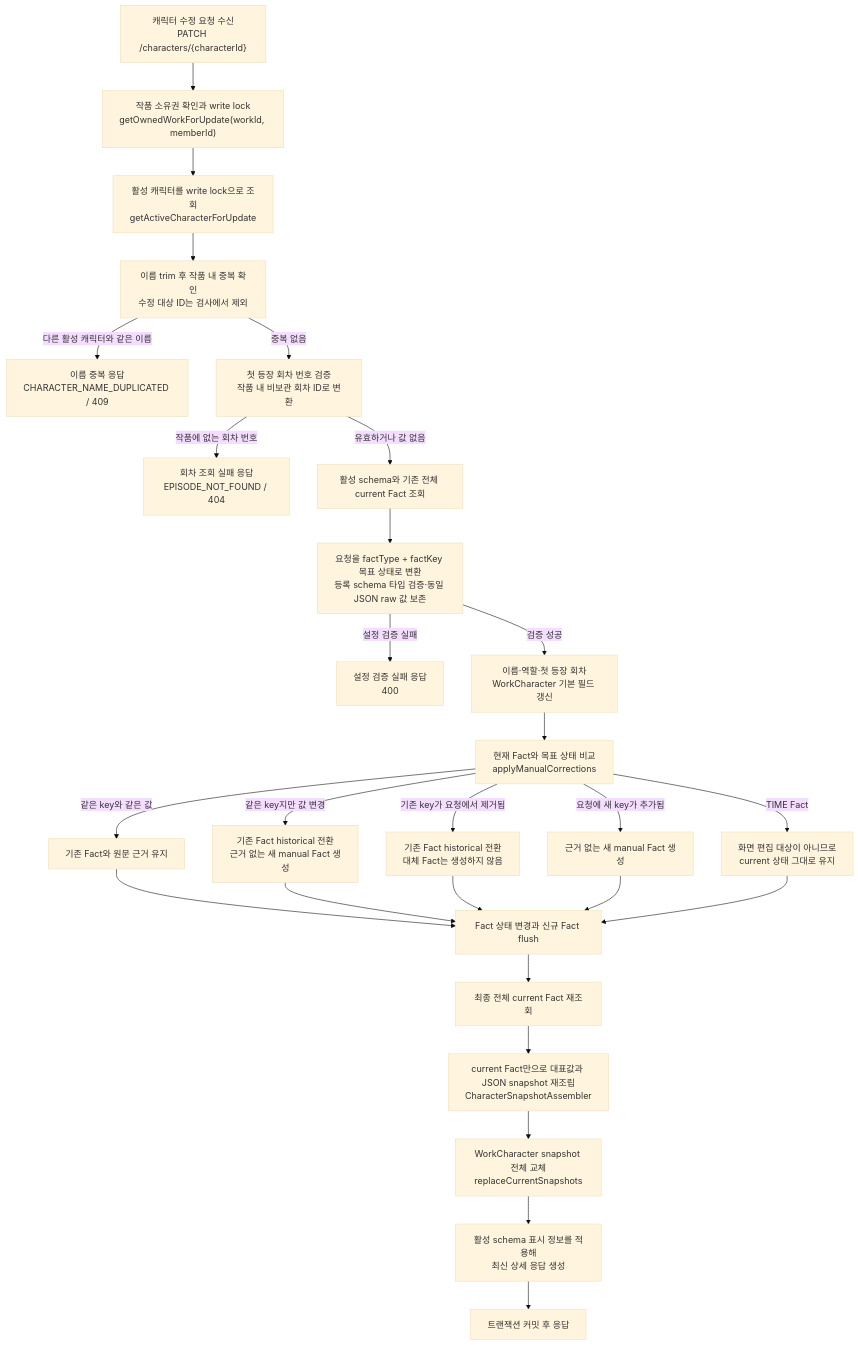
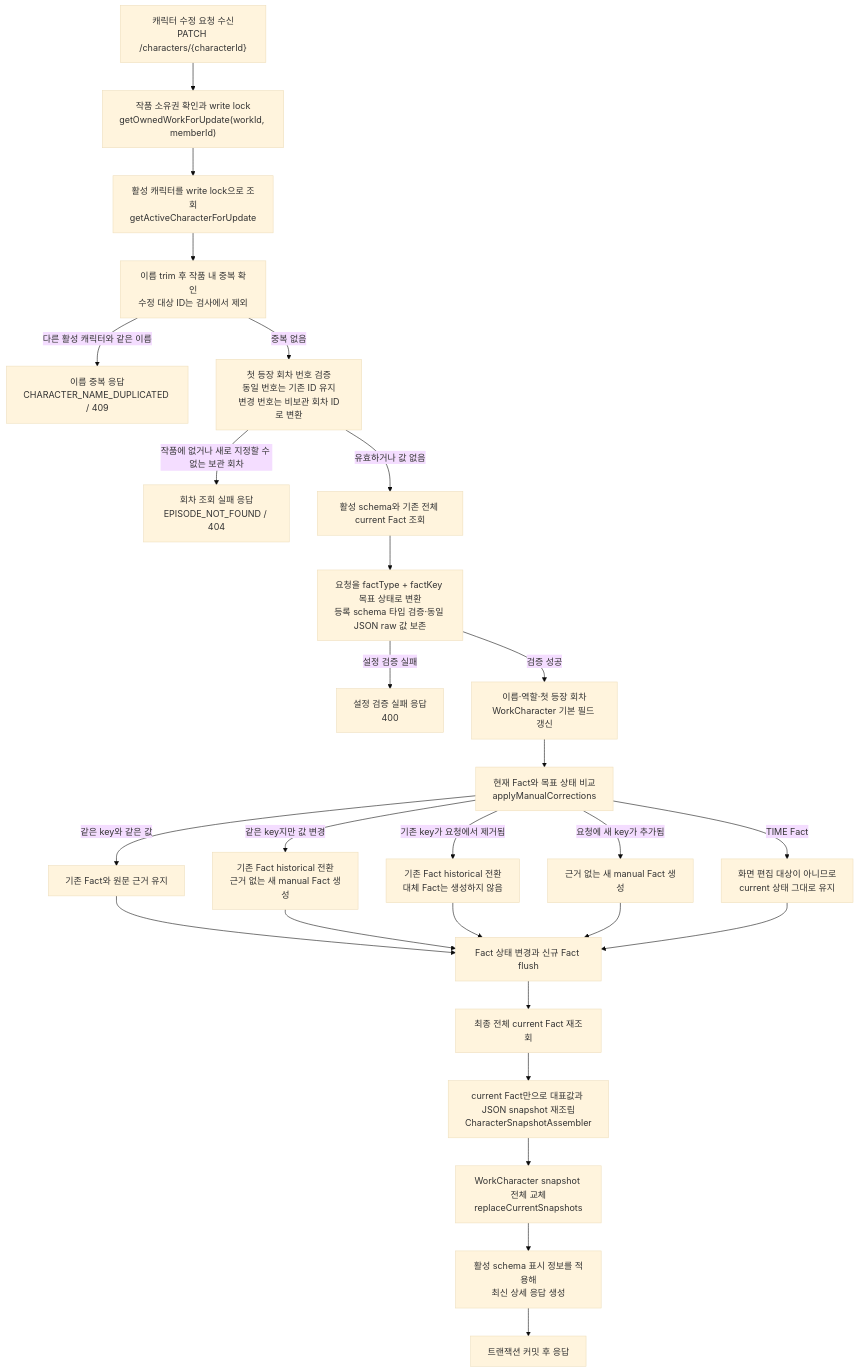
The first of 8 diagrams in docs/character.md (catchhole-soma/catchhole-backend-java), drawn with Mermaid (base theme) before and after one commit. The commit also changed other lines of this file and 2 other files, not shown here.

Commit message:
fix(character): 보관된 첫 등장 회차 참조를 유지한다
- 변경 없는 전체 수정에서 기존 보관 회차 UUID를 보존한다

- 보관 회차 번호가 재사용되어도 새 활성 회차로 교체하지 않는다

- 첫 등장 회차 재지정 정책과 회귀 테스트를 문서화한다

````diff
--- a/docs/character.md
+++ b/docs/character.md
@@ -535,31 +535,31 @@
 ```mermaid
 flowchart TD
     A["캐릭터 수정 요청 수신<br/>PATCH /characters/{characterId}"] --> B["작품 소유권 확인과 write lock<br/>getOwnedWorkForUpdate(workId, memberId)"]
     B --> C["활성 캐릭터를 write lock으로 조회<br/>getActiveCharacterForUpdate"]
     C --> D["이름 trim 후 작품 내 중복 확인<br/>수정 대상 ID는 검사에서 제외"]
     D -->|"다른 활성 캐릭터와 같은 이름"| X1["이름 중복 응답<br/>CHARACTER_NAME_DUPLICATED / 409"]
-    D -->|"중복 없음"| E["첫 등장 회차 번호 검증<br/>작품 내 비보관 회차 ID로 변환"]
-    E -->|"작품에 없는 회차 번호"| X2["회차 조회 실패 응답<br/>EPISODE_NOT_FOUND / 404"]
+    D -->|"중복 없음"| E["첫 등장 회차 번호 검증<br/>동일 번호는 기존 ID 유지<br/>변경 번호는 비보관 회차 ID로 변환"]
+    E -->|"작품에 없거나 새로 지정할 수 없는 보관 회차"| X2["회차 조회 실패 응답<br/>EPISODE_NOT_FOUND / 404"]
     E -->|"유효하거나 값 없음"| F["활성 schema와 기존 전체 current Fact 조회"]
     F --> G["요청을 factType + factKey 목표 상태로 변환<br/>등록 schema 타입 검증·동일 JSON raw 값 보존"]
     G -->|"설정 검증 실패"| X3["설정 검증 실패 응답<br/>400"]
     G -->|"검증 성공"| H["이름·역할·첫 등장 회차<br/>WorkCharacter 기본 필드 갱신"]
     H --> I["현재 Fact와 목표 상태 비교<br/>applyManualCorrections"]
 
     I -->|"같은 key와 같은 값"| I1["기존 Fact와 원문 근거 유지"]
     I -->|"같은 key지만 값 변경"| I2["기존 Fact historical 전환<br/>근거 없는 새 manual Fact 생성"]
     I -->|"기존 key가 요청에서 제거됨"| I3["기존 Fact historical 전환<br/>대체 Fact는 생성하지 않음"]
     I -->|"요청에 새 key가 추가됨"| I4["근거 없는 새 manual Fact 생성"]
     I -->|"TIME Fact"| I5["화면 편집 대상이 아니므로<br/>current 상태 그대로 유지"]
 
     I1 --> J["Fact 상태 변경과 신규 Fact flush"]
     I2 --> J
     I3 --> J
     I4 --> J
     I5 --> J
     J --> K["최종 전체 current Fact 재조회"]
     K --> L["current Fact만으로 대표값과 JSON snapshot 재조립<br/>CharacterSnapshotAssembler"]
     L --> M["WorkCharacter snapshot 전체 교체<br/>replaceCurrentSnapshots"]
     M --> N["활성 schema 표시 정보를 적용해<br/>최신 상세 응답 생성"]
     N --> O["트랜잭션 커밋 후 응답"]
 ```
````
